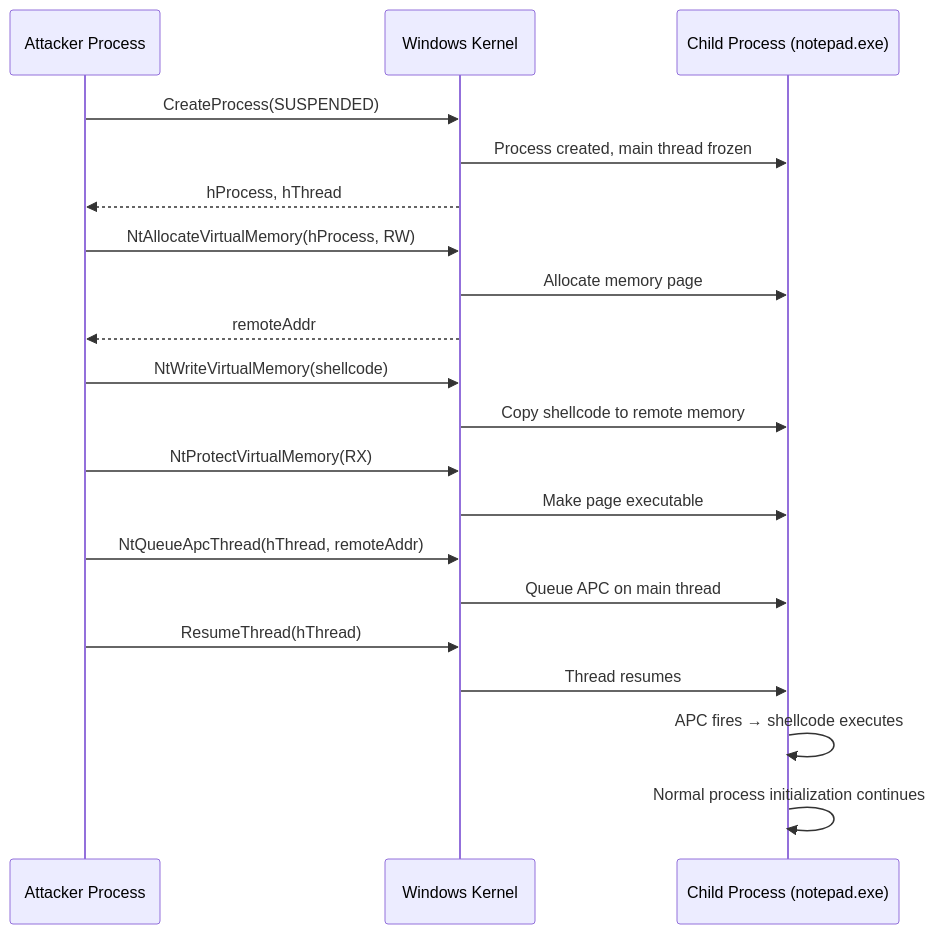
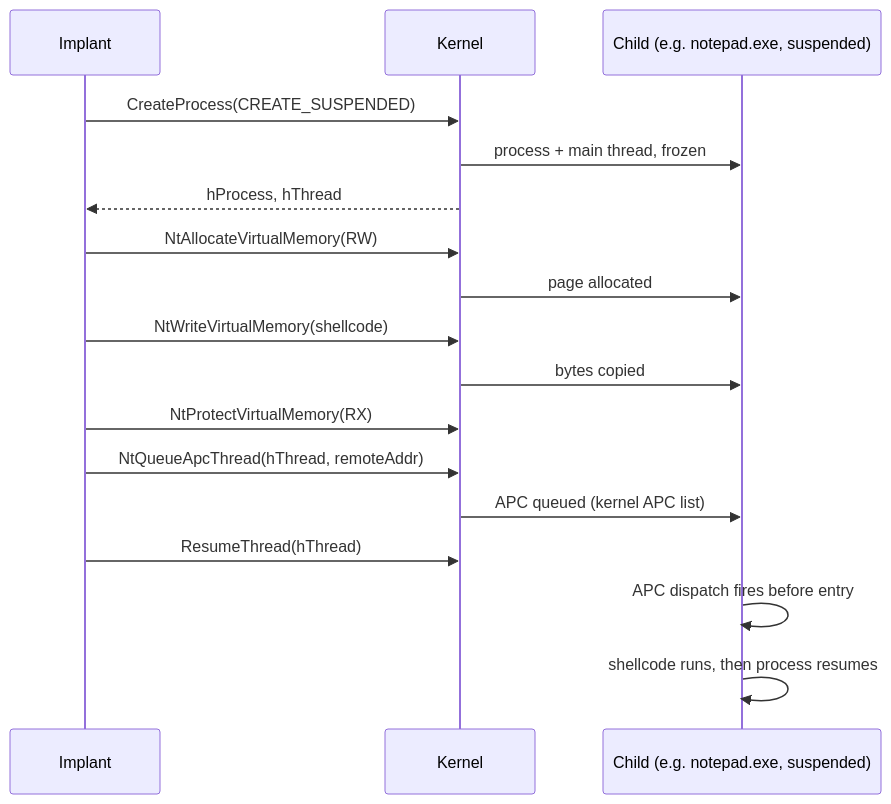
One commit to oioio-space/maldev changed the diagram in docs/techniques/injection/early-bird-apc.md. Above: the diagram before and after it, drawn with Mermaid. The commit also changed other lines of this file and 2 other files, not shown here.

````diff
--- a/docs/techniques/injection/early-bird-apc.md
+++ b/docs/techniques/injection/early-bird-apc.md
@@ -15,28 +40,22 @@
 ```mermaid
 sequenceDiagram
-    participant Attacker as Attacker Process
-    participant Kernel as Windows Kernel
-    participant Child as Child Process (notepad.exe)
+    participant Impl as Implant
+    participant Kern as Kernel
+    participant Child as Child (e.g. notepad.exe, suspended)
 
-    Attacker->>Kernel: CreateProcess(SUSPENDED)
-    Kernel->>Child: Process created, main thread frozen
-    Kernel-->>Attacker: hProcess, hThread
+    Impl->>Kern: CreateProcess(CREATE_SUSPENDED)
+    Kern->>Child: process + main thread, frozen
+    Kern-->>Impl: hProcess, hThread
 
-    Attacker->>Kernel: NtAllocateVirtualMemory(hProcess, RW)
-    Kernel->>Child: Allocate memory page
-    Kernel-->>Attacker: remoteAddr
+    Impl->>Kern: NtAllocateVirtualMemory(RW)
+    Kern->>Child: page allocated
+    Impl->>Kern: NtWriteVirtualMemory(shellcode)
+    Kern->>Child: bytes copied
+    Impl->>Kern: NtProtectVirtualMemory(RX)
 
-    Attacker->>Kernel: NtWriteVirtualMemory(shellcode)
-    Kernel->>Child: Copy shellcode to remote memory
-
-    Attacker->>Kernel: NtProtectVirtualMemory(RX)
-    Kernel->>Child: Make page executable
-
-    Attacker->>Kernel: NtQueueApcThread(hThread, remoteAddr)
-    Kernel->>Child: Queue APC on main thread
-
-    Attacker->>Kernel: ResumeThread(hThread)
-    Kernel->>Child: Thread resumes
-    Child->>Child: APC fires → shellcode executes
-    Child->>Child: Normal process initialization continues
+    Impl->>Kern: NtQueueApcThread(hThread, remoteAddr)
+    Kern->>Child: APC queued (kernel APC list)
+    Impl->>Kern: ResumeThread(hThread)
+    Child->>Child: APC dispatch fires before entry
+    Child->>Child: shellcode runs, then process resumes
 ```
````
